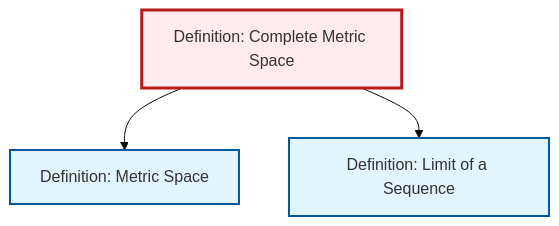
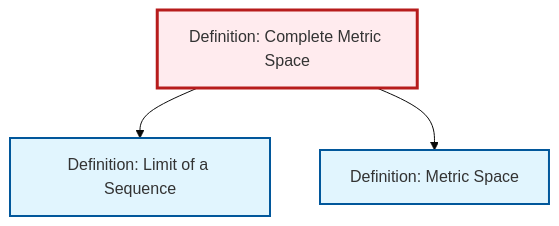
Before and after one commit to RK0429/ModernMath: the diagram in content/ja/analysis/def-complete-metric-space.qmd, drawn with Mermaid (base theme). The commit also changed other lines of this file and 615 other files, not shown here.

````diff
--- a/content/ja/analysis/def-complete-metric-space.qmd
+++ b/content/ja/analysis/def-complete-metric-space.qmd
@@ -61,17 +61,17 @@
 ```{mermaid}
 %%| fig-cap: "Local dependency graph"
 graph TD
     classDef definition fill:#e1f5fe,stroke:#01579b,stroke-width:2px
     classDef theorem fill:#f3e5f5,stroke:#4a148c,stroke-width:2px
     classDef axiom fill:#fff3e0,stroke:#e65100,stroke-width:2px
     classDef example fill:#e8f5e9,stroke:#1b5e20,stroke-width:2px
     classDef current fill:#ffebee,stroke:#b71c1c,stroke-width:3px
+    def-limit["Definition: Limit of a Sequence"]:::definition
     def-metric-space["Definition: Metric Space"]:::definition
-    def-limit["Definition: Limit of a Sequence"]:::definition
     def-complete-metric-space["Definition: Complete Metric Space"]:::definition
+    def-complete-metric-space --> def-limit
     def-complete-metric-space --> def-metric-space
-    def-complete-metric-space --> def-limit
     class def-complete-metric-space current
+    click def-limit "def-limit.html" "Definition: Limit of a Sequenceへ"
     click def-metric-space "def-metric-space.html" "Definition: Metric Spaceへ"
-    click def-limit "def-limit.html" "Definition: Limit of a Sequenceへ"
 ```
````
